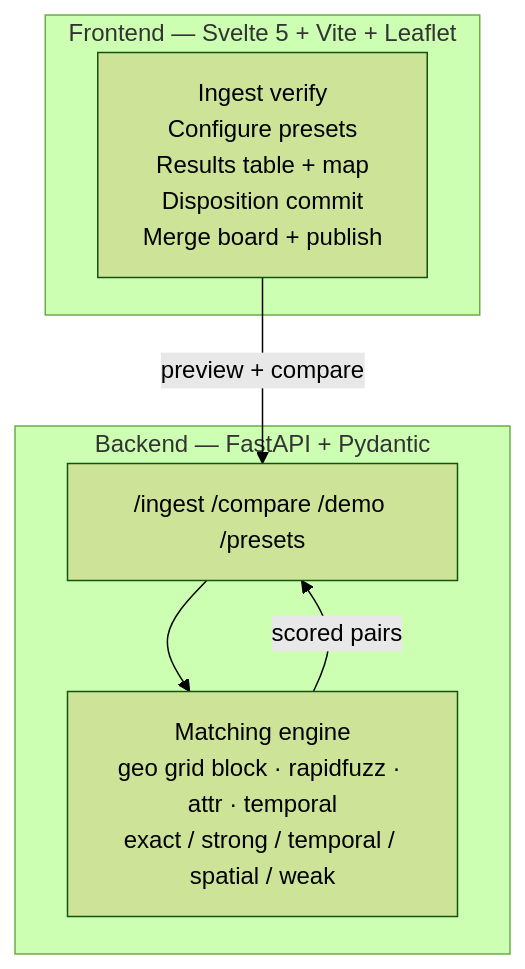
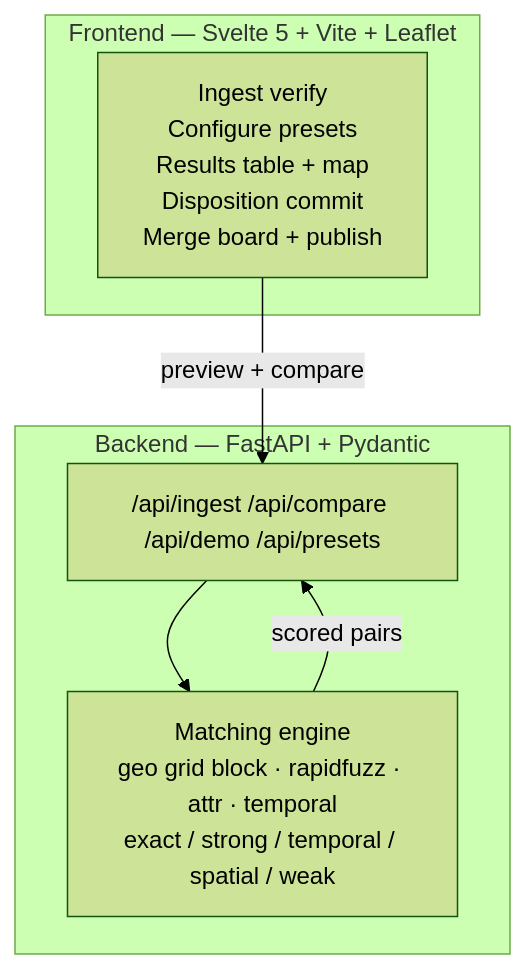
One commit to mowgli42/fuzzy-reconciler changed the first of 2 diagrams in README.md. Above: the diagram before and after it, drawn with Mermaid (forest theme). The commit also changed other lines of this file and 12 other files, not shown here.

````diff
--- a/README.md
+++ b/README.md
@@ -90,15 +99,15 @@
 ```mermaid
 flowchart TD
     subgraph Frontend["Frontend — Svelte 5 + Vite + Leaflet"]
         UI[Ingest verify<br/>Configure presets<br/>Results table + map<br/>Disposition commit<br/>Merge board + publish]
     end
 
     subgraph Backend["Backend — FastAPI + Pydantic"]
-        API["/ingest /compare /demo /presets"]
+        API["/api/ingest /api/compare /api/demo /api/presets"]
         Engine[Matching engine<br/>geo grid block · rapidfuzz · attr · temporal<br/>exact / strong / temporal / spatial / weak]
     end
 
     UI -->|preview + compare| API
     API --> Engine
     Engine -->|scored pairs| API
 ```
````
